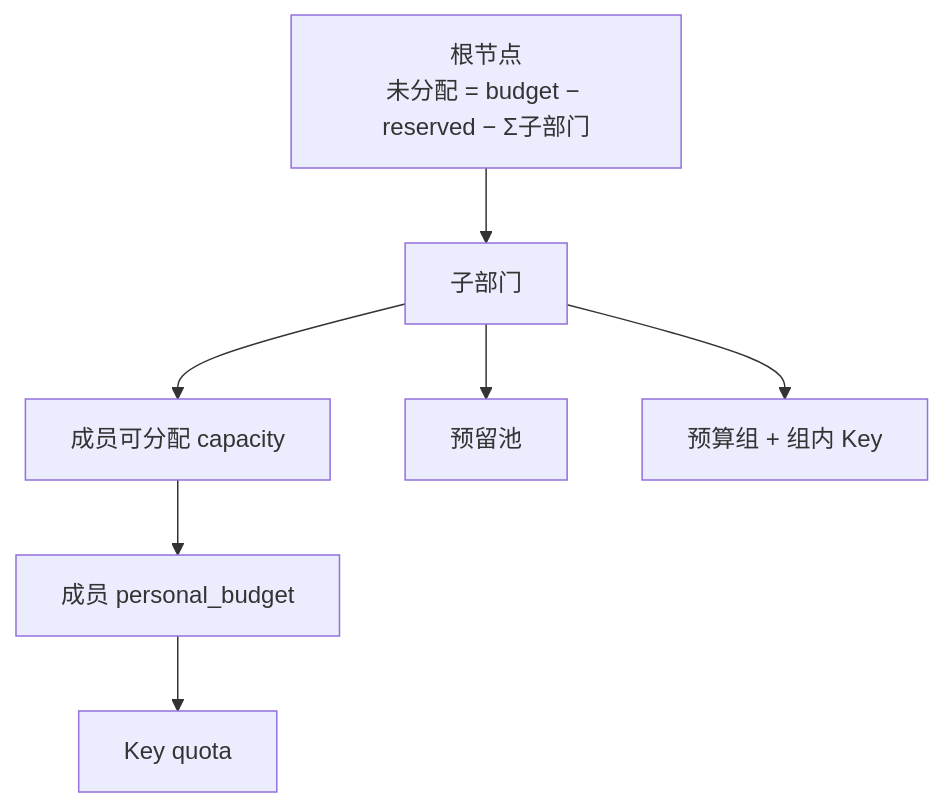
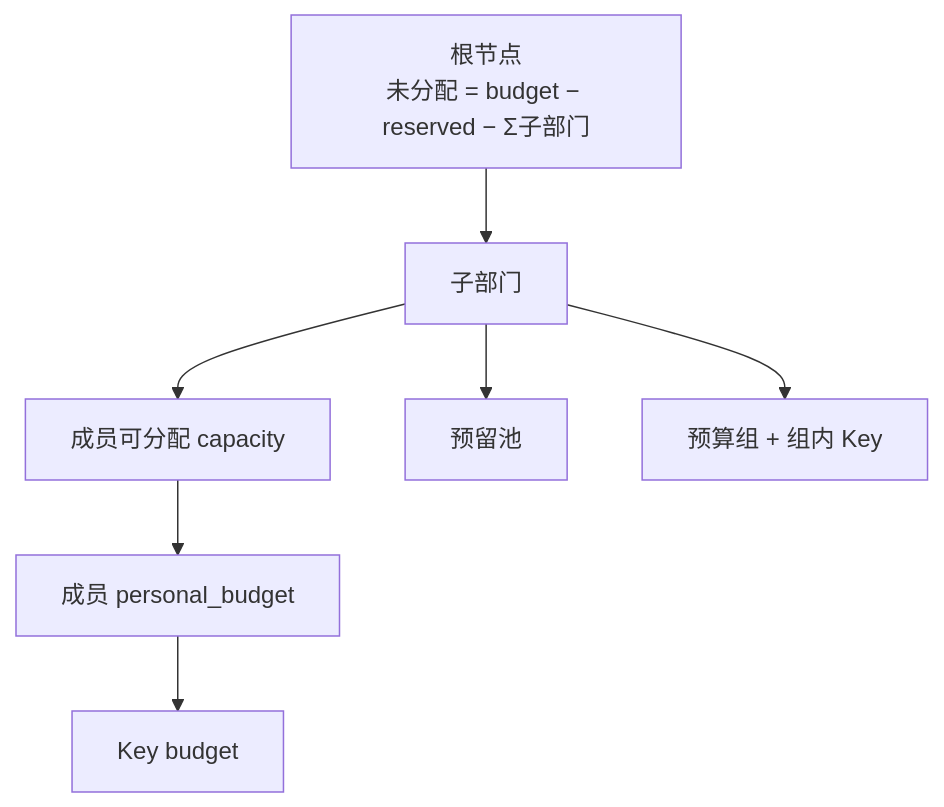
Before and after one commit to quyip8818/mytokenjoy: the fourth of 10 diagrams in docs/Backend-预算.md, drawn with Mermaid. The commit also changed other lines of this file and 73 other files, not shown here.

````diff
--- a/docs/Backend-预算.md
+++ b/docs/Backend-预算.md
@@ -147,10 +147,10 @@
 ```mermaid
 flowchart TB
   ROOT[根节点<br/>未分配 = budget − reserved − Σ子部门]
   ROOT --> DEPT[子部门]
   DEPT --> CAP[成员可分配 capacity]
   CAP --> M[成员 personal_budget]
-  M --> K[Key quota]
+  M --> K[Key budget]
   DEPT --> POOL[预留池]
   DEPT --> BG[预算组 + 组内 Key]
 ```
````
